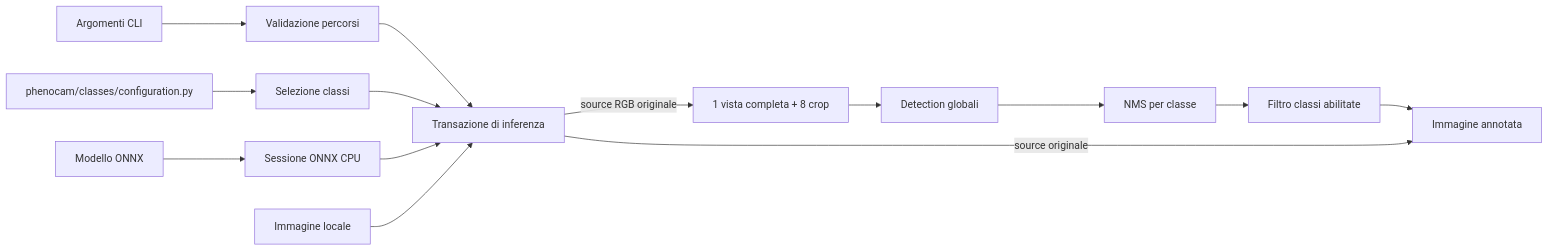
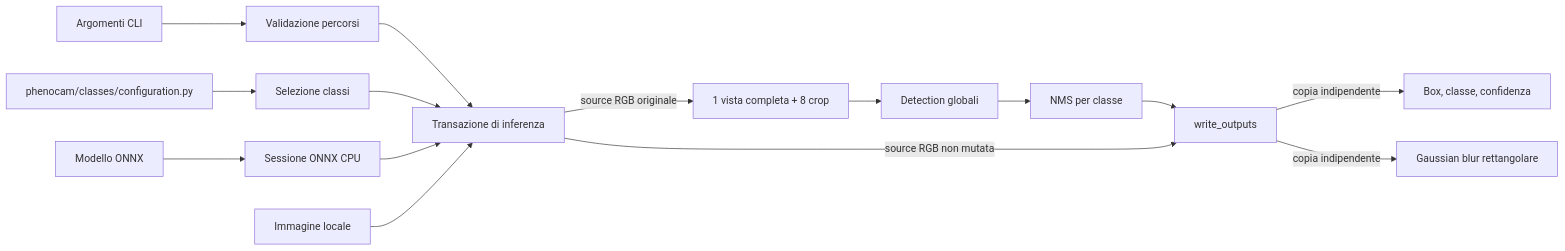
The first of 2 diagrams in docs/architettura.md (e-tufarini-terrasystem/phenocam-vision-edge), drawn with Mermaid before and after one commit. The commit also changed other lines of this file and 2 other files, not shown here.

````diff
--- a/docs/architettura.md
+++ b/docs/architettura.md
@@ -16,16 +16,17 @@
 ```mermaid
 flowchart LR
     CLI[Argomenti CLI] --> Validazione[Validazione percorsi]
     Config[phenocam/classes/configuration.py] --> Selezione[Selezione classi]
     Modello[Modello ONNX] --> Sessione[Sessione ONNX CPU]
     Validazione --> Coordinamento[Transazione di inferenza]
     Selezione --> Coordinamento
     Sessione --> Coordinamento
     Immagine[Immagine locale] --> Coordinamento
     Coordinamento -->|source RGB originale| Viste[1 vista completa + 8 crop]
     Viste --> Detection[Detection globali]
     Detection --> NMS[NMS per classe]
-    NMS --> Filtro[Filtro classi abilitate]
-    Filtro --> Output[Immagine annotata]
-    Coordinamento -->|source originale| Output
+    NMS --> Output[write_outputs]
+    Coordinamento -->|source RGB non mutata| Output
+    Output -->|copia indipendente| Annotato[Box, classe, confidenza]
+    Output -->|copia indipendente| Privacy[Gaussian blur rettangolare]
 ```
````
